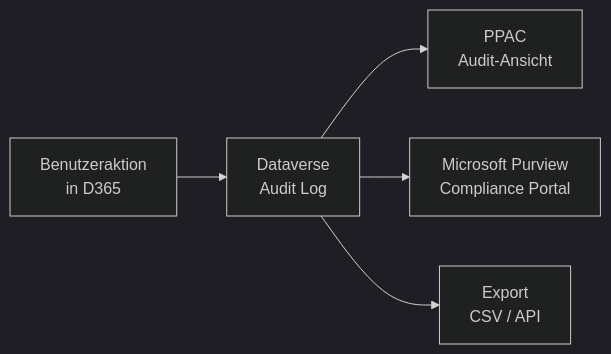
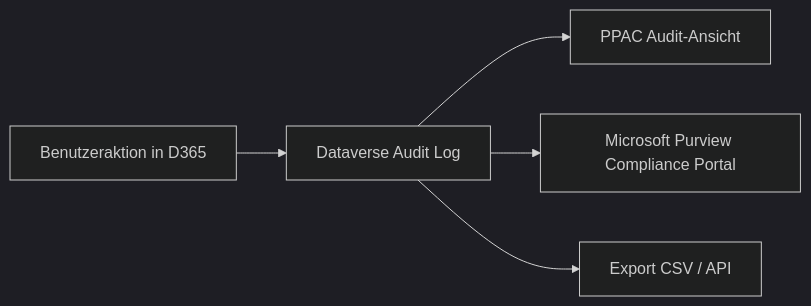
One commit to SoniiiT/notes-n-docs changed the fifth of 6 diagrams in Microsoft 365/Dynamics 365/Dynamics 365 Administration.md. Above: the diagram before and after it, drawn with Mermaid (dark theme). The commit also changed other lines of this file and 124 other files, not shown here.

First line of the commit message:
fix: Entferne \n aus allen Mermaid-Diagrammen (125 Dateien)

````diff
--- a/Microsoft 365/Dynamics 365/Dynamics 365 Administration.md
+++ b/Microsoft 365/Dynamics 365/Dynamics 365 Administration.md
@@ -351,7 +351,7 @@
 ```mermaid
 graph LR
-    ACTION[Benutzeraktion\nin D365] --> AUDIT[Dataverse\nAudit Log]
-    AUDIT --> PPAC2[PPAC\nAudit-Ansicht]
-    AUDIT --> PURVIEW[Microsoft Purview\nCompliance Portal]
-    AUDIT --> EXPORT[Export\nCSV / API]
+    ACTION[Benutzeraktion in D365] --> AUDIT[Dataverse Audit Log]
+    AUDIT --> PPAC2[PPAC Audit-Ansicht]
+    AUDIT --> PURVIEW[Microsoft Purview Compliance Portal]
+    AUDIT --> EXPORT[Export CSV / API]
 ```
````
